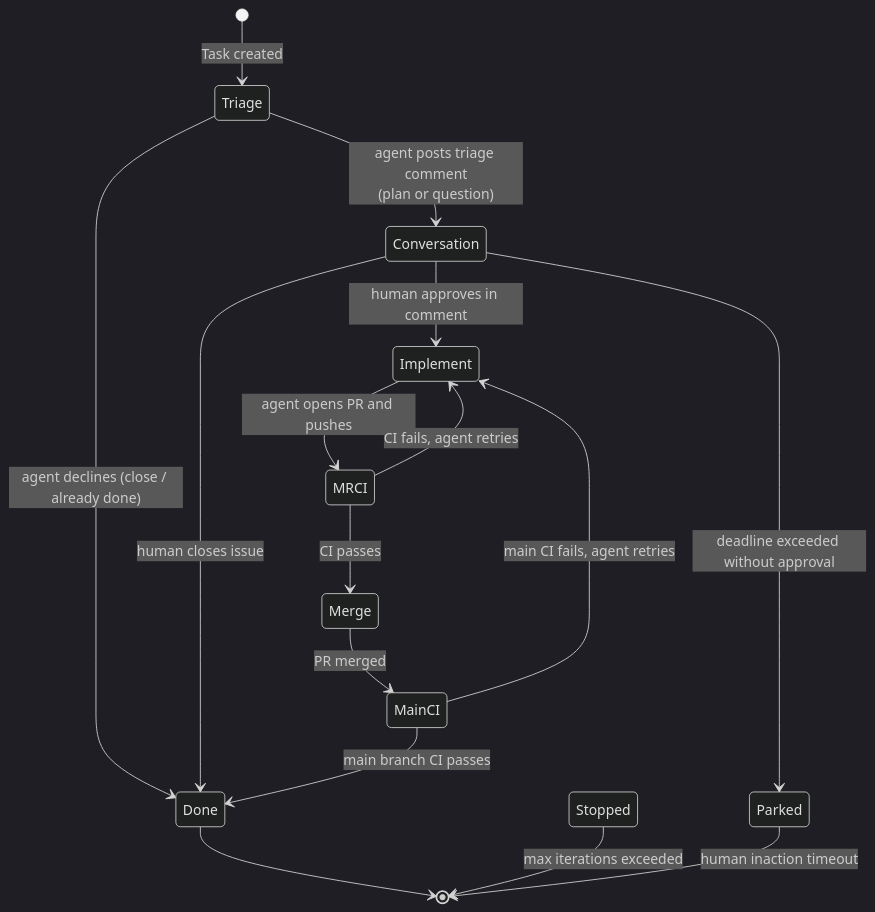
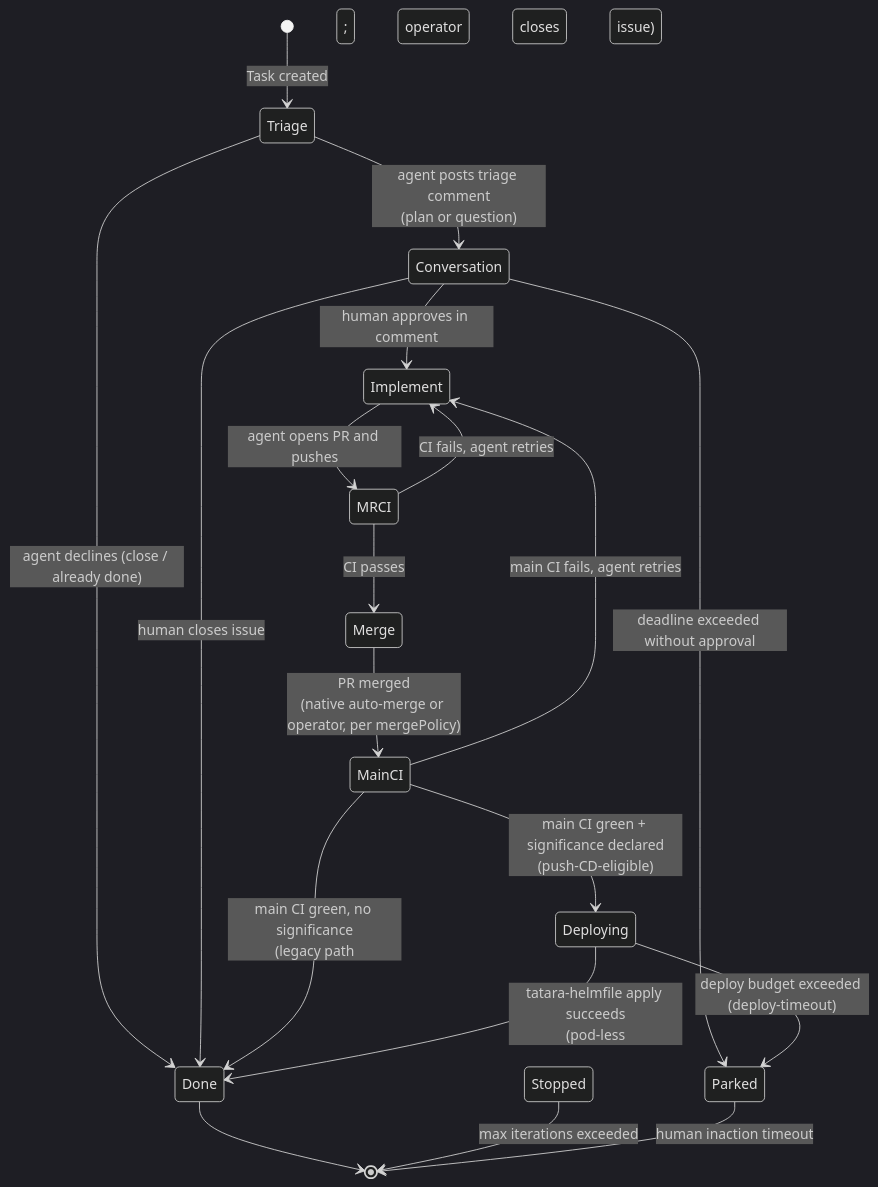
One commit to szymonrychu/tatara-documentation changed the diagram in docs/workflows/issue-lifecycle.md. Above: the diagram before and after it, drawn with Mermaid (dark theme). The commit also changed other lines of this file and 44 other files, not shown here.

````diff
--- a/docs/workflows/issue-lifecycle.md
+++ b/docs/workflows/issue-lifecycle.md
@@ -28,18 +28,21 @@
 ```mermaid
 stateDiagram-v2
     [*] --> Triage: Task created
     Triage --> Conversation: agent posts triage comment<br/>(plan or question)
     Triage --> Done: agent declines (close / already done)
     Conversation --> Implement: human approves in comment
     Conversation --> Parked: deadline exceeded without approval
     Conversation --> Done: human closes issue
     Implement --> MRCI: agent opens PR and pushes
     MRCI --> Merge: CI passes
     MRCI --> Implement: CI fails, agent retries
-    Merge --> MainCI: PR merged
-    MainCI --> Done: main branch CI passes
+    Merge --> MainCI: PR merged<br/>(native auto-merge or operator, per mergePolicy)
+    MainCI --> Deploying: main CI green + significance declared<br/>(push-CD-eligible)
+    MainCI --> Done: main CI green, no significance<br/>(legacy path; operator closes issue)
     MainCI --> Implement: main CI fails, agent retries
+    Deploying --> Done: tatara-helmfile apply succeeds<br/>(pod-less; operator closes issue)
+    Deploying --> Parked: deploy budget exceeded (deploy-timeout)
     Done --> [*]
     Stopped --> [*]: max iterations exceeded
     Parked --> [*]: human inaction timeout
 ```
````
